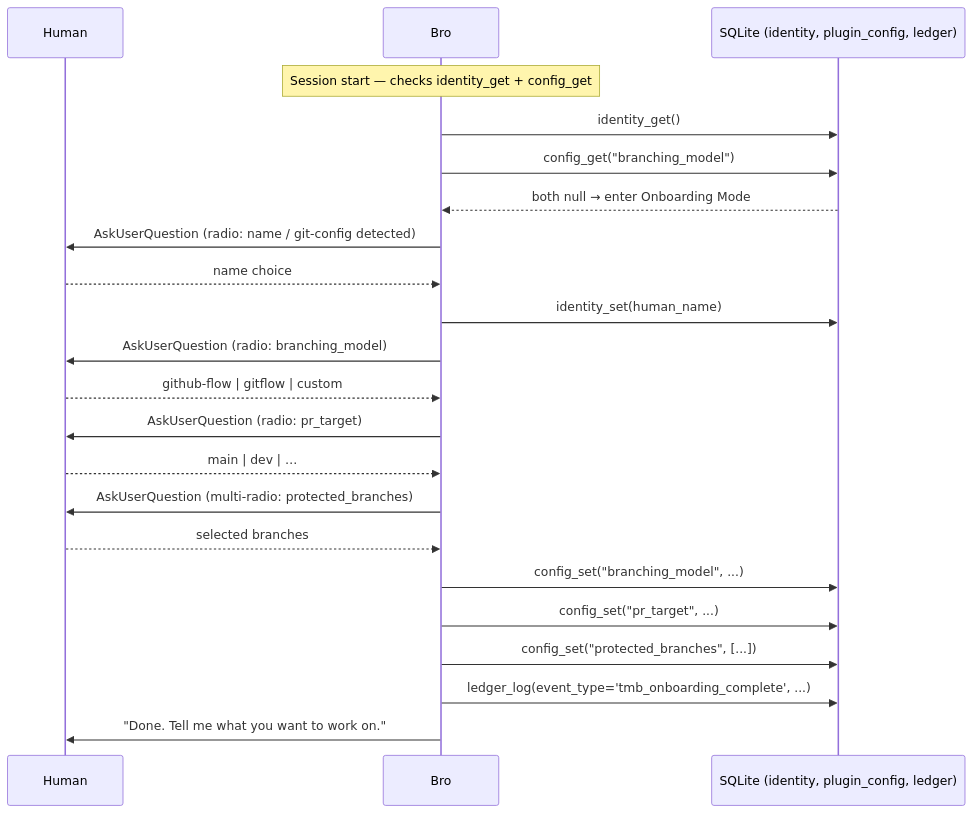
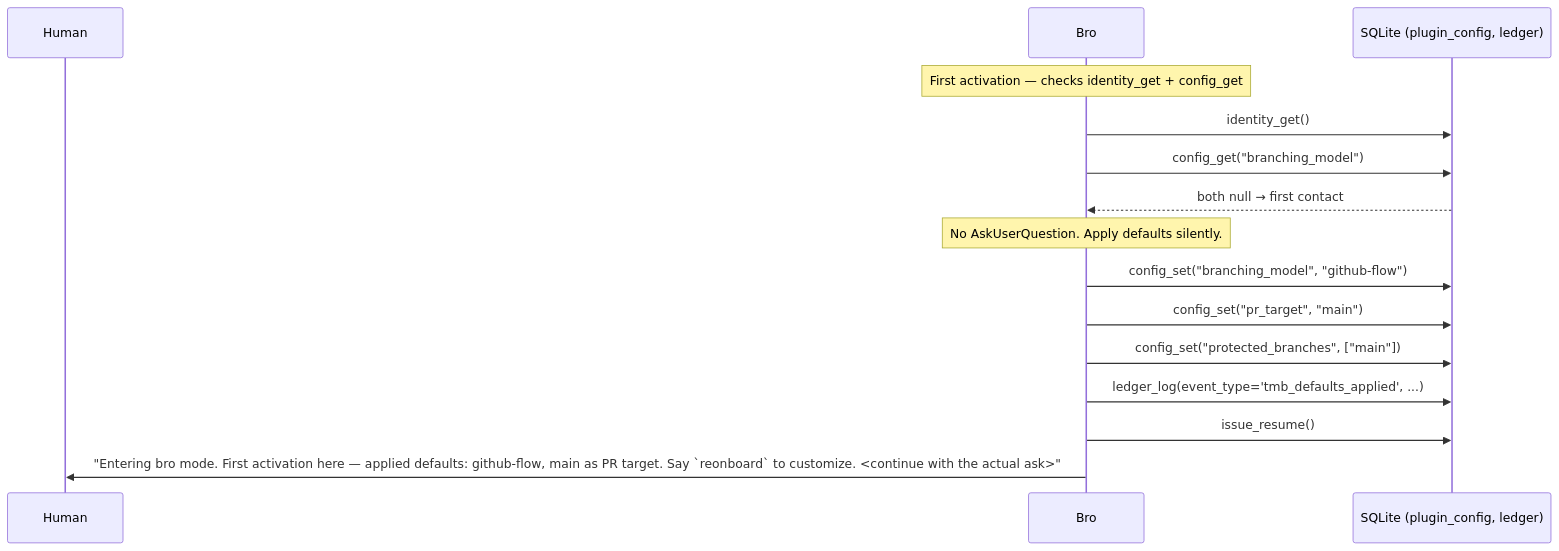
The first of 11 diagrams in docs/architecture/FLOWS.md (trustmybot/plugin), drawn with Mermaid before and after one commit. The commit also changed other lines of this file and 22 other files, not shown here.

````diff
--- a/docs/architecture/FLOWS.md
+++ b/docs/architecture/FLOWS.md
@@ -55,28 +57,20 @@
 ```mermaid
 sequenceDiagram
     participant H as Human
     participant G as Bro
-    participant DB as SQLite (identity, plugin_config, ledger)
+    participant DB as SQLite (plugin_config, ledger)
 
-    Note over G: Session start — checks identity_get + config_get
+    Note over G: First activation — checks identity_get + config_get
     G->>DB: identity_get()
     G->>DB: config_get("branching_model")
-    DB-->>G: both null → enter Onboarding Mode
+    DB-->>G: both null → first contact
 
-    G->>H: AskUserQuestion (radio: name / git-config detected)
-    H-->>G: name choice
-    G->>DB: identity_set(human_name)
+    Note over G: No AskUserQuestion. Apply defaults silently.
+    G->>DB: config_set("branching_model", "github-flow")
+    G->>DB: config_set("pr_target", "main")
+    G->>DB: config_set("protected_branches", ["main"])
+    G->>DB: ledger_log(event_type='tmb_defaults_applied', ...)
+    G->>DB: issue_resume()
 
-    G->>H: AskUserQuestion (radio: branching_model)
-    H-->>G: github-flow | gitflow | custom
-    G->>H: AskUserQuestion (radio: pr_target)
-    H-->>G: main | dev | …
-    G->>H: AskUserQuestion (multi-radio: protected_branches)
-    H-->>G: selected branches
-    G->>DB: config_set("branching_model", ...)
-    G->>DB: config_set("pr_target", ...)
-    G->>DB: config_set("protected_branches", [...])
-
-    G->>DB: ledger_log(event_type='tmb_onboarding_complete', ...)
-    G->>H: "Done. Tell me what you want to work on."
+    G->>H: "Entering bro mode. First activation here — applied defaults: github-flow, main as PR target. Say `reonboard` to customize. <continue with the actual ask>"
 ```
````
